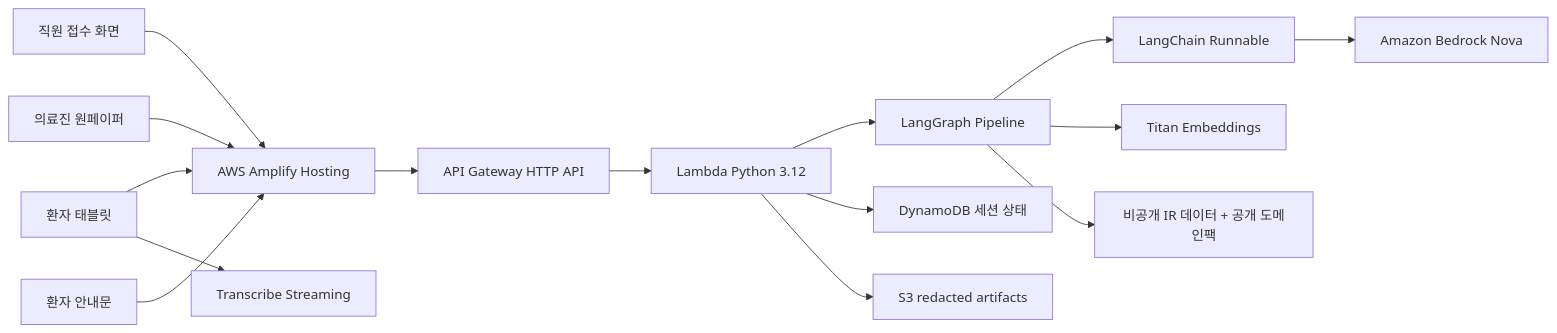
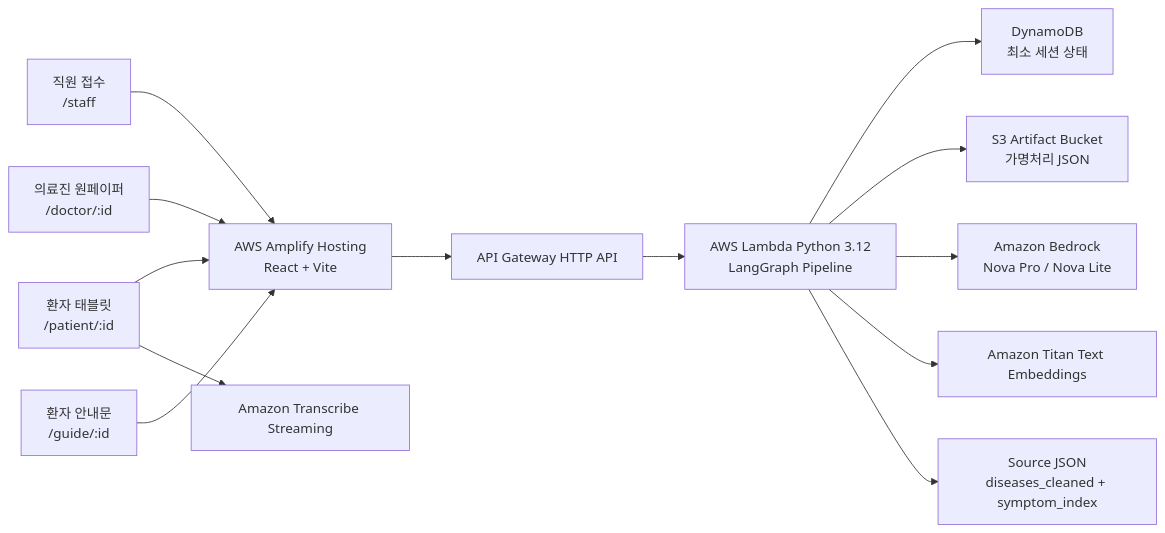
The diagram in README.md (X-AI-KNU/munjin-talk-talk), drawn with Mermaid before and after one commit. The commit also changed other lines of this file, not shown here.

````diff
--- a/README.md
+++ b/README.md
@@ -81,31 +91,30 @@
 ```mermaid
 flowchart LR
-  Staff["직원 접수 화면"]
-  Tablet["환자 태블릿"]
-  Doctor["의료진 원페이퍼"]
-  Guide["환자 안내문"]
-  Amplify["AWS Amplify Hosting"]
+  Staff["직원 접수<br/>/staff"]
+  Tablet["환자 태블릿<br/>/patient/:id"]
+  Doctor["의료진 원페이퍼<br/>/doctor/:id"]
+  Guide["환자 안내문<br/>/guide/:id"]
+
+  Amplify["AWS Amplify Hosting<br/>React + Vite"]
   Api["API Gateway HTTP API"]
-  Lambda["Lambda Python 3.12"]
-  Graph["LangGraph Pipeline"]
-  Chain["LangChain Runnable"]
-  Bedrock["Amazon Bedrock Nova"]
-  Titan["Titan Embeddings"]
-  Transcribe["Transcribe Streaming"]
-  Dynamo["DynamoDB 세션 상태"]
-  S3["S3 redacted artifacts"]
-  Data["비공개 IR 데이터 + 공개 도메인팩"]
+  Lambda["AWS Lambda Python 3.12<br/>LangGraph Pipeline"]
+  Dynamo["DynamoDB<br/>최소 세션 상태"]
+  S3["S3 Artifact Bucket<br/>가명처리 JSON"]
+  Transcribe["Amazon Transcribe Streaming"]
+  Bedrock["Amazon Bedrock<br/>Nova Pro / Nova Lite"]
+  Titan["Amazon Titan Text Embeddings"]
+  SourceData["Source JSON<br/>diseases_cleaned + symptom_index"]
 
   Staff --> Amplify
   Tablet --> Amplify
   Doctor --> Amplify
   Guide --> Amplify
-  Amplify --> Api --> Lambda
+  Amplify --> Api
+  Api --> Lambda
   Tablet --> Transcribe
-  Lambda --> Graph
-  Graph --> Chain --> Bedrock
-  Graph --> Titan
-  Graph --> Data
   Lambda --> Dynamo
   Lambda --> S3
+  Lambda --> Bedrock
+  Lambda --> Titan
+  Lambda --> SourceData
 ```
````
